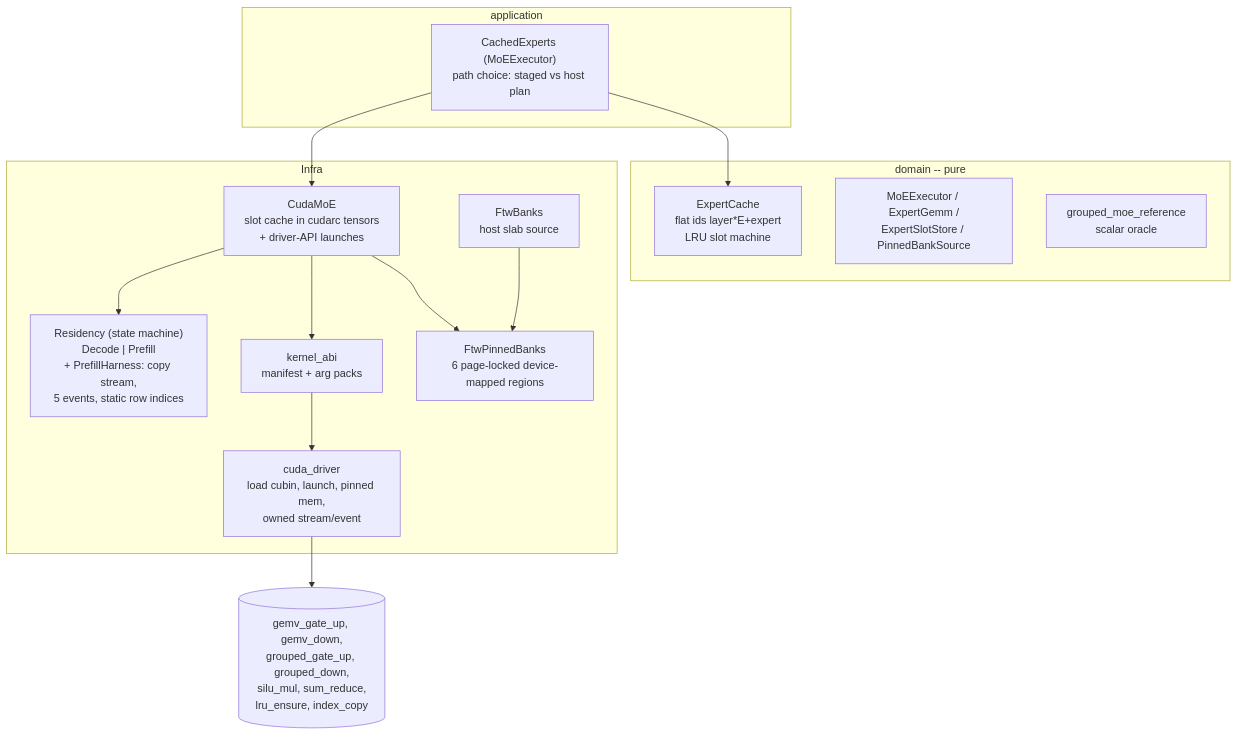
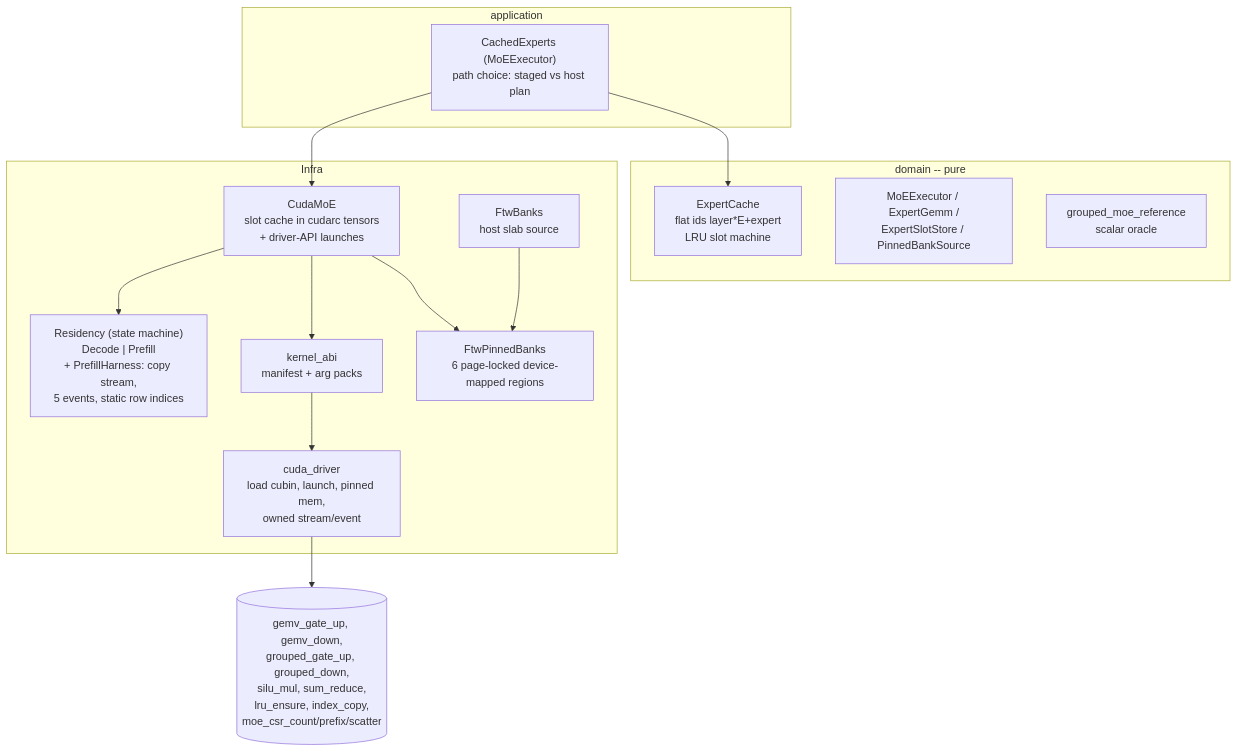
Before and after one commit to butzist/ferrum-torrens: the tenth of 15 diagrams in ARCHITECTURE.md, drawn with Mermaid. The commit also changed other lines of this file and 9 other files, not shown here.

````diff
--- a/ARCHITECTURE.md
+++ b/ARCHITECTURE.md
@@ -461,26 +462,26 @@
 ```mermaid
 flowchart TB
   subgraph Domain["domain -- pure"]
     EC["ExpertCache\nflat ids layer*E+expert\nLRU slot machine"]
     Ports["MoEExecutor / ExpertGemm /\nExpertSlotStore / PinnedBankSource"]
     Oracle["grouped_moe_reference\nscalar oracle"]
   end
   subgraph App["application"]
     CE["CachedExperts (MoEExecutor)\npath choice: staged vs host plan"]
   end
   subgraph Infra
     CM["CudaMoE\nslot cache in cudarc tensors\n+ driver-API launches"]
     Res["Residency (state machine)\nDecode | Prefill\n+ PrefillHarness: copy stream,\n5 events, static row indices"]
     AB["kernel_abi\nmanifest + arg packs"]
     DR["cuda_driver\nload cubin, launch, pinned mem,\nowned stream/event"]
     PB["FtwPinnedBanks\n6 page-locked device-mapped regions"]
     FB["FtwBanks\nhost slab source"]
   end
   CE --> EC
   CE --> CM
   CM --> Res
   CM --> AB --> DR
   CM --> PB
   FB --> PB
-  DR --> Cubins[("gemv_gate_up, gemv_down,\ngrouped_gate_up, grouped_down,\nsilu_mul, sum_reduce,\nlru_ensure, index_copy")]
+  DR --> Cubins[("gemv_gate_up, gemv_down,\ngrouped_gate_up, grouped_down,\nsilu_mul, sum_reduce,\nlru_ensure, index_copy,\nmoe_csr_count/prefix/scatter")]
 ```
````
